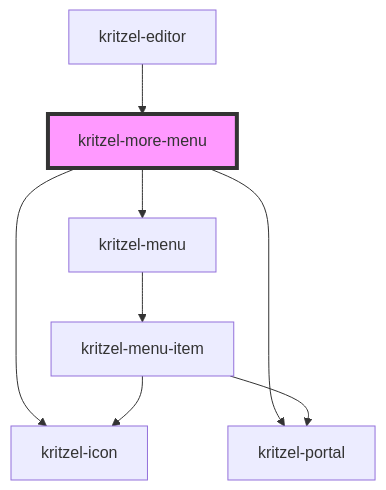
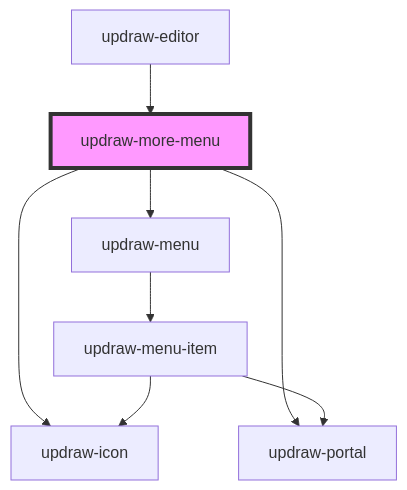
The diagram in libs/editor/core/src/components/updraw-more-menu/readme.md (kasual1/kritzel), drawn with Mermaid before and after one commit. The commit also changed other lines of this file and 1129 other files, not shown here.

First line of the commit message:
Replace kritzel with updraw across the codebase

````diff
--- a/libs/editor/core/src/components/updraw-more-menu/readme.md
+++ b/libs/editor/core/src/components/updraw-more-menu/readme.md
@@ -97,11 +97,11 @@
 ```mermaid
 graph TD;
-  kritzel-more-menu --> kritzel-icon
-  kritzel-more-menu --> kritzel-portal
-  kritzel-more-menu --> kritzel-menu
-  kritzel-menu --> kritzel-menu-item
-  kritzel-menu-item --> kritzel-icon
-  kritzel-menu-item --> kritzel-portal
-  kritzel-editor --> kritzel-more-menu
-  style kritzel-more-menu fill:#f9f,stroke:#333,stroke-width:4px
+  updraw-more-menu --> updraw-icon
+  updraw-more-menu --> updraw-portal
+  updraw-more-menu --> updraw-menu
+  updraw-menu --> updraw-menu-item
+  updraw-menu-item --> updraw-icon
+  updraw-menu-item --> updraw-portal
+  updraw-editor --> updraw-more-menu
+  style updraw-more-menu fill:#f9f,stroke:#333,stroke-width:4px
 ```
````
